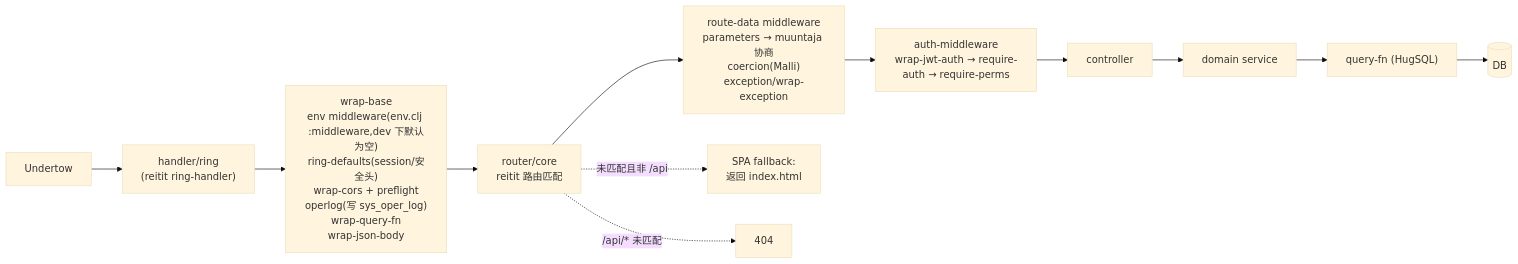
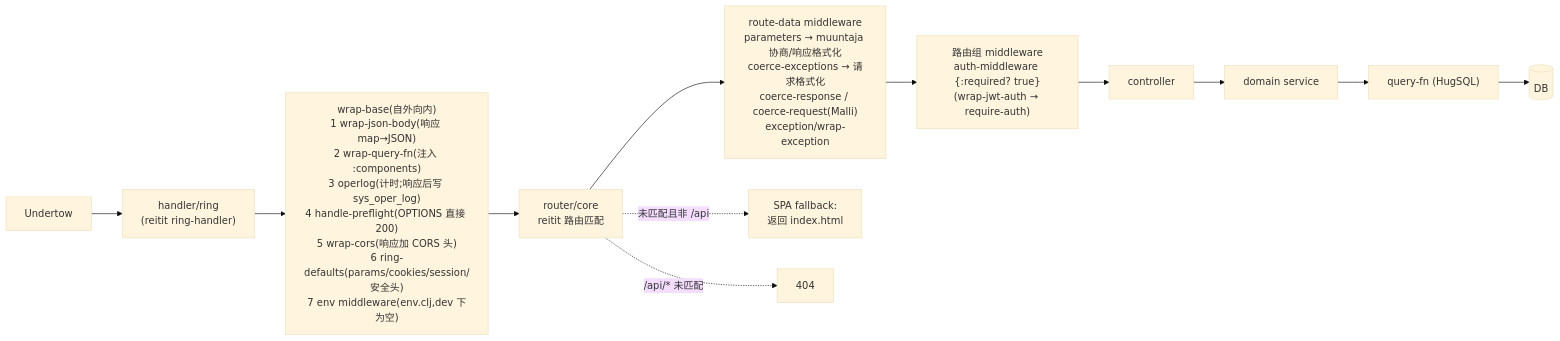
The fourth of 13 diagrams in docs/architecture/c4-model.org (RedCreationTech/clj-cljs-template), drawn with Mermaid (base theme) before and after one commit. The commit also changed other lines of this file and 2 other files, not shown here.

First line of the commit message:
docs+fix: C4 文档对齐实际设计;operlog 操作人解析修复

```diff
--- a/docs/architecture/c4-model.org
+++ b/docs/architecture/c4-model.org
@@ -182,14 +183,14 @@
 #+begin_src mermaid :file backend-pipeline.png :exports results
 flowchart LR
   U[Undertow] --> H["handler/ring<br/>(reitit ring-handler)"]
-  H --> B["wrap-base<br/>env middleware(env.clj :middleware,dev 下默认为空)<br/>ring-defaults(session/安全头)<br/>wrap-cors + preflight<br/>operlog(写 sys_oper_log)<br/>wrap-query-fn<br/>wrap-json-body"]
+  H --> B["wrap-base(自外向内)<br/>1 wrap-json-body(响应 map→JSON)<br/>2 wrap-query-fn(注入 :components)<br/>3 operlog(计时;响应后写 sys_oper_log)<br/>4 handle-preflight(OPTIONS 直接 200)<br/>5 wrap-cors(响应加 CORS 头)<br/>6 ring-defaults(params/cookies/session/安全头)<br/>7 env middleware(env.clj,dev 下为空)"]
   B --> R["router/core<br/>reitit 路由匹配"]
-  R --> RM["route-data middleware<br/>parameters → muuntaja 协商<br/>coercion(Malli)<br/>exception/wrap-exception"]
-  RM --> AM["auth-middleware<br/>wrap-jwt-auth → require-auth → require-perms"]
+  R --> RM["route-data middleware<br/>parameters → muuntaja 协商/响应格式化<br/>coerce-exceptions → 请求格式化<br/>coerce-response / coerce-request(Malli)<br/>exception/wrap-exception"]
+  RM --> AM["路由组 middleware<br/>auth-middleware {:required? true}<br/>(wrap-jwt-auth → require-auth)"]
   AM --> C[controller]
   C --> D[domain service]
   D --> Q["query-fn (HugSQL)"]
   Q --> DB[(DB)]
   R -. 未匹配且非 /api .-> SPA["SPA fallback:<br/>返回 index.html"]
   R -. /api/* 未匹配 .-> N404[404]
 #+end_src
```
